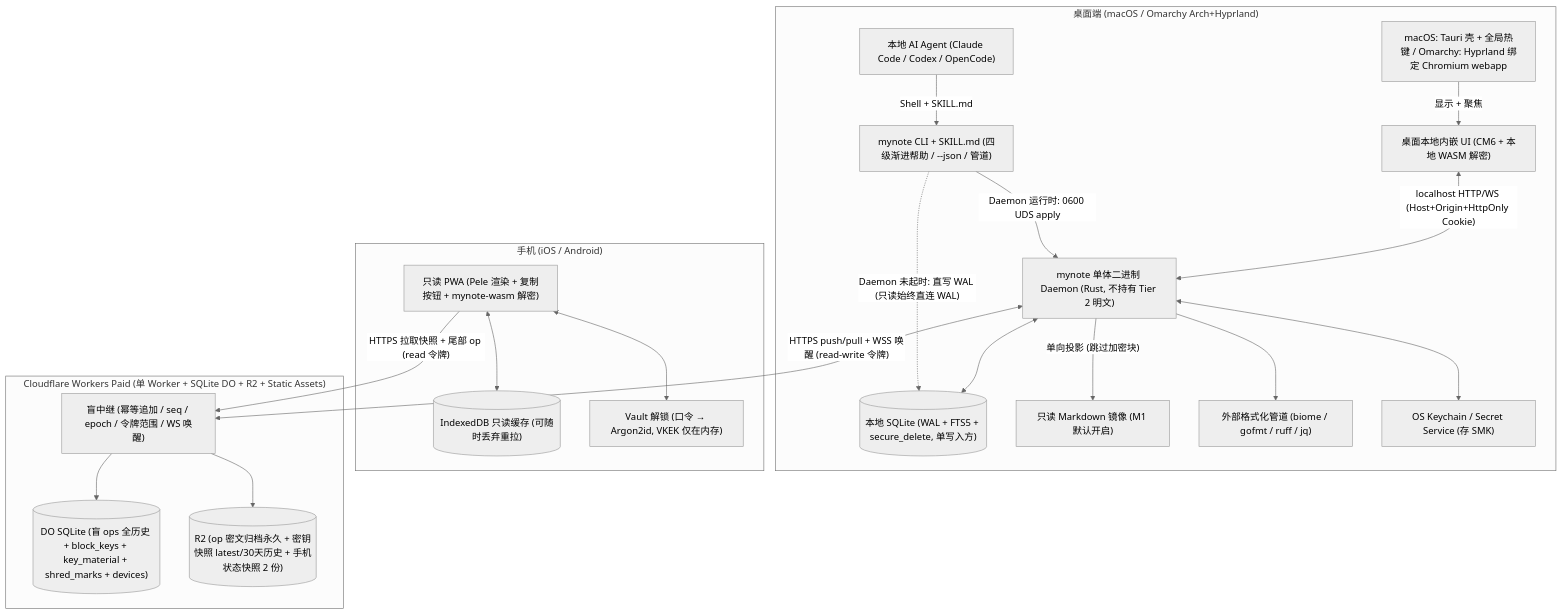
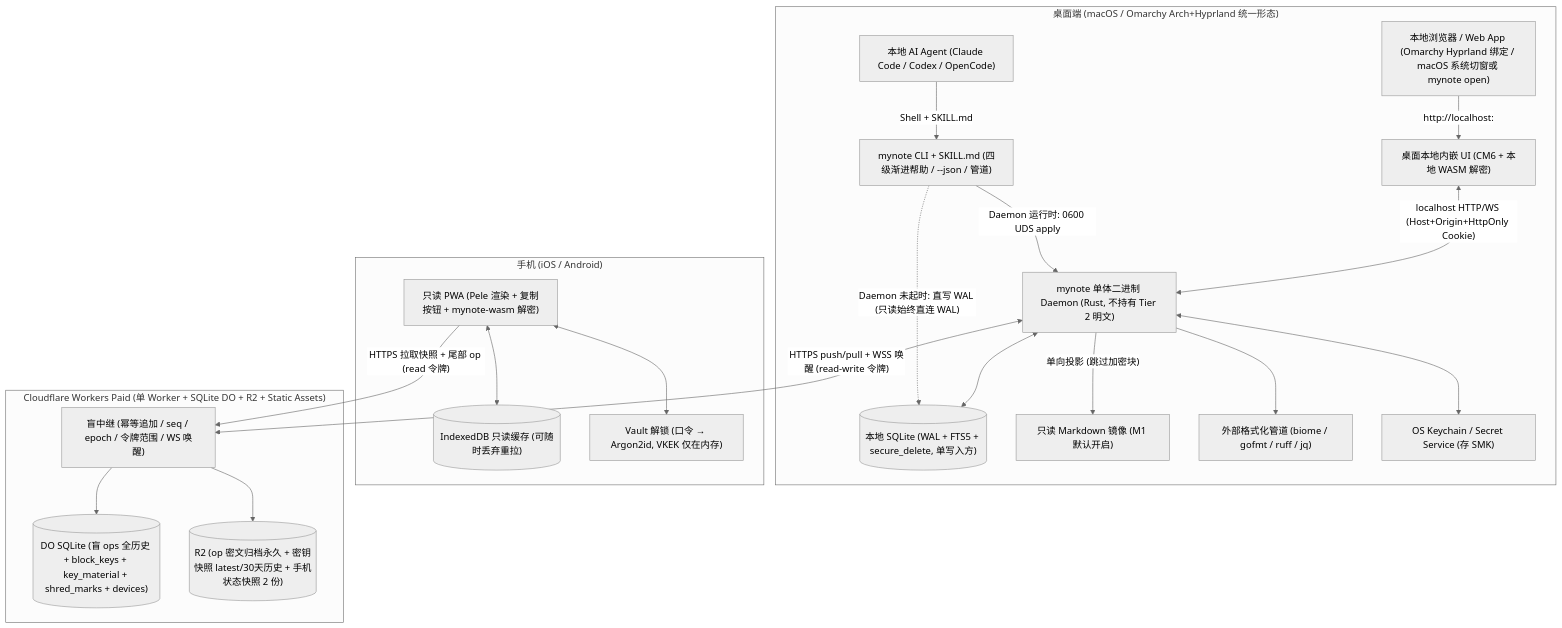
Before and after one commit to gray0128/my-note: the first of 7 diagrams in docs/architecture-proposal.md, drawn with Mermaid (neutral theme). The commit also changed other lines of this file and 76 other files, not shown here.

````diff
--- a/docs/architecture-proposal.md
+++ b/docs/architecture-proposal.md
@@ -275,43 +274,43 @@
 ```mermaid
 flowchart TD
-    subgraph Desktop["桌面端 (macOS / Omarchy Arch+Hyprland)"]
+    subgraph Desktop["桌面端 (macOS / Omarchy Arch+Hyprland 统一形态)"]
         Agent["本地 AI Agent (Claude Code / Codex / OpenCode)"]
         CLI["mynote CLI + SKILL.md (四级渐进帮助 / --json / 管道)"]
-        Shell["macOS: Tauri 壳 + 全局热键 / Omarchy: Hyprland 绑定 Chromium webapp"]
+        Browser["本地浏览器 / Web App (Omarchy Hyprland 绑定 / macOS 系统切窗或 mynote open)"]
         UI_D["桌面本地内嵌 UI (CM6 + 本地 WASM 解密)"]
         Daemon["mynote 单体二进制 Daemon (Rust, 不持有 Tier 2 明文)"]
         DB_L[("本地 SQLite (WAL + FTS5 + secure_delete, 单写入方)")]
         Mirror["只读 Markdown 镜像 (M1 默认开启)"]
         ExtFmt["外部格式化管道 (biome / gofmt / ruff / jq)"]
         Keyring["OS Keychain / Secret Service (存 SMK)"]
 
         Agent -->|"Shell + SKILL.md"| CLI
         CLI -->|"Daemon 运行时: 0600 UDS apply"| Daemon
         CLI -.->|"Daemon 未起时: 直写 WAL (只读始终直连 WAL)"| DB_L
-        Shell -->|"显示 + 聚焦"| UI_D
+        Browser -->|"http://localhost:<port>"| UI_D
         UI_D <-->|"localhost HTTP/WS (Host+Origin+HttpOnly Cookie)"| Daemon
         Daemon <--> DB_L
         Daemon -->|"单向投影 (跳过加密块)"| Mirror
         Daemon --> ExtFmt
         Daemon <--> Keyring
     end
 
     subgraph Mobile["手机 (iOS / Android)"]
         PWA["只读 PWA (Pele 渲染 + 复制按钮 + mynote-wasm 解密)"]
         IDB[("IndexedDB 只读缓存 (可随时丢弃重拉)")]
         VaultM["Vault 解锁 (口令 → Argon2id, VKEK 仅在内存)"]
         PWA <--> IDB
         PWA <--> VaultM
     end
 
     subgraph Cloud["Cloudflare Workers Paid (单 Worker + SQLite DO + R2 + Static Assets)"]
         SyncAPI["盲中继 (幂等追加 / seq / epoch / 令牌范围 / WS 唤醒)"]
         CloudDB[("DO SQLite (盲 ops 全历史 + block_keys + key_material + shred_marks + devices)")]
         R2[("R2 (op 密文归档永久 + 密钥快照 latest/30天历史 + 手机状态快照 2 份)")]
         SyncAPI --> CloudDB
         SyncAPI --> R2
     end
 
     Daemon <-->|"HTTPS push/pull + WSS 唤醒 (read-write 令牌)"| SyncAPI
     PWA -->|"HTTPS 拉取快照 + 尾部 op (read 令牌)"| SyncAPI
 ```
````
